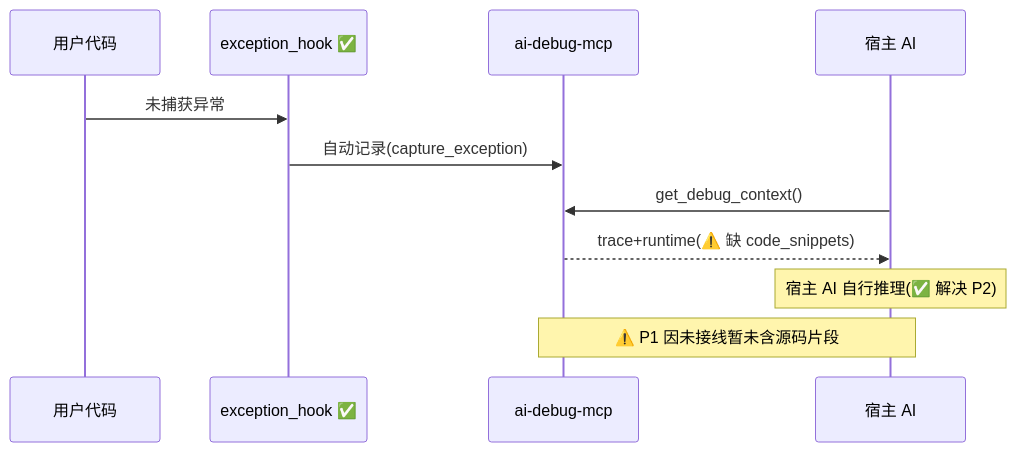
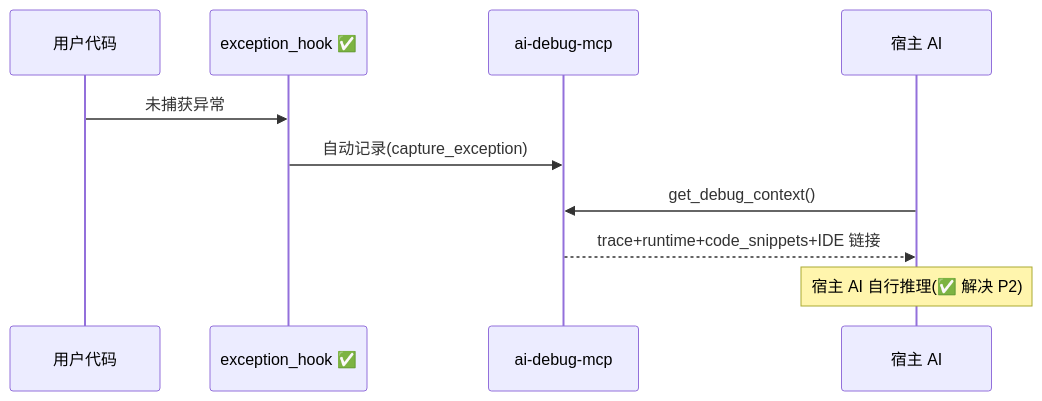
The second of 3 diagrams in PRD.md (Ljj041120/Lujo-MCP), drawn with Mermaid before and after one commit. The commit also changed other lines of this file and 5 other files, not shown here.

First line of the commit message:
feat: /api/spec REST CRUD + schema 模型 + PRD v5.0 全量交付版

````diff
--- a/PRD.md
+++ b/PRD.md
@@ -292,14 +284,13 @@
 ```mermaid
 sequenceDiagram
     participant Code as 用户代码
     participant Hook as exception_hook ✅
     participant S as ai-debug-mcp
     participant AI as 宿主 AI
 
     Code->>Hook: 未捕获异常
     Hook->>S: 自动记录(capture_exception)
     AI->>S: get_debug_context()
-    S-->>AI: trace+runtime(⚠️ 缺 code_snippets)
+    S-->>AI: trace+runtime+code_snippets+IDE 链接
     Note over AI: 宿主 AI 自行推理(✅ 解决 P2)
-    Note over S,AI: ⚠️ P1 因未接线暂未含源码片段
 ```
````
